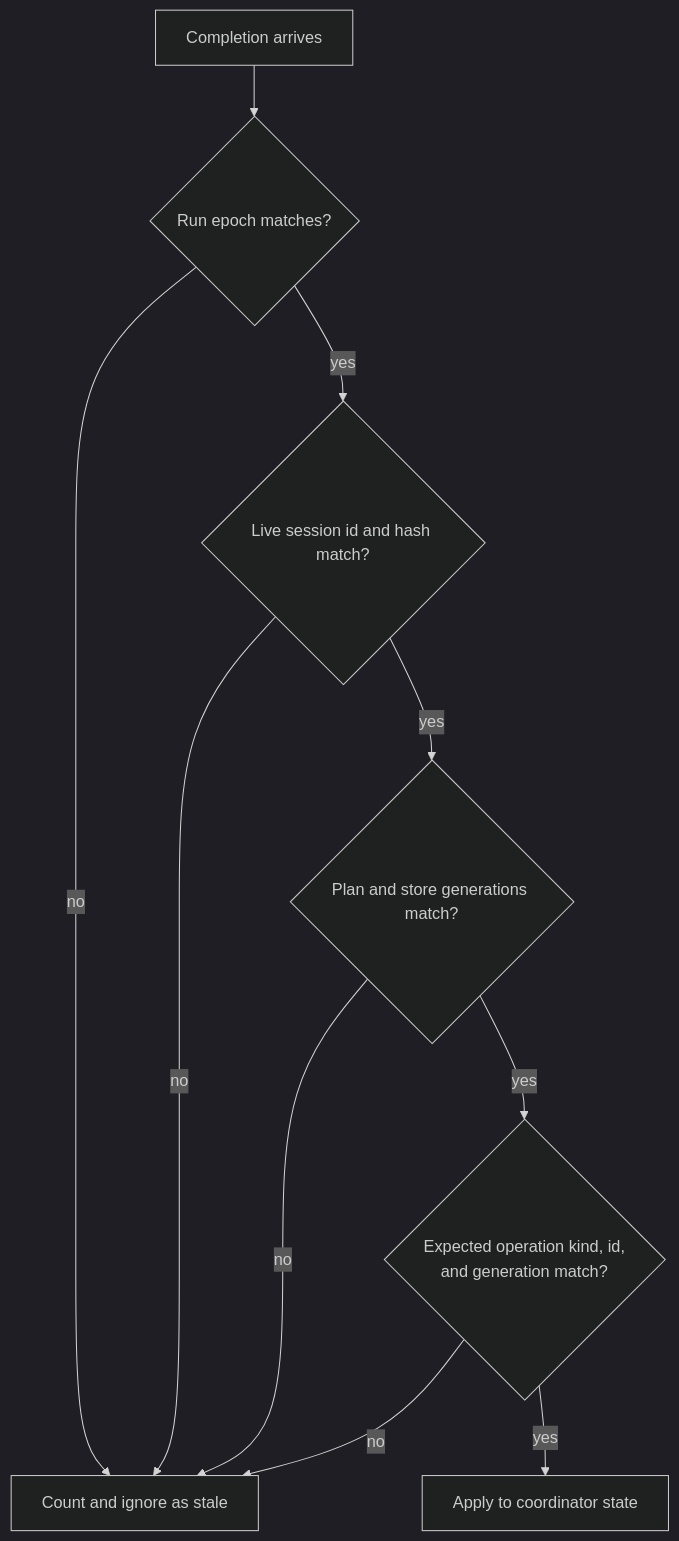
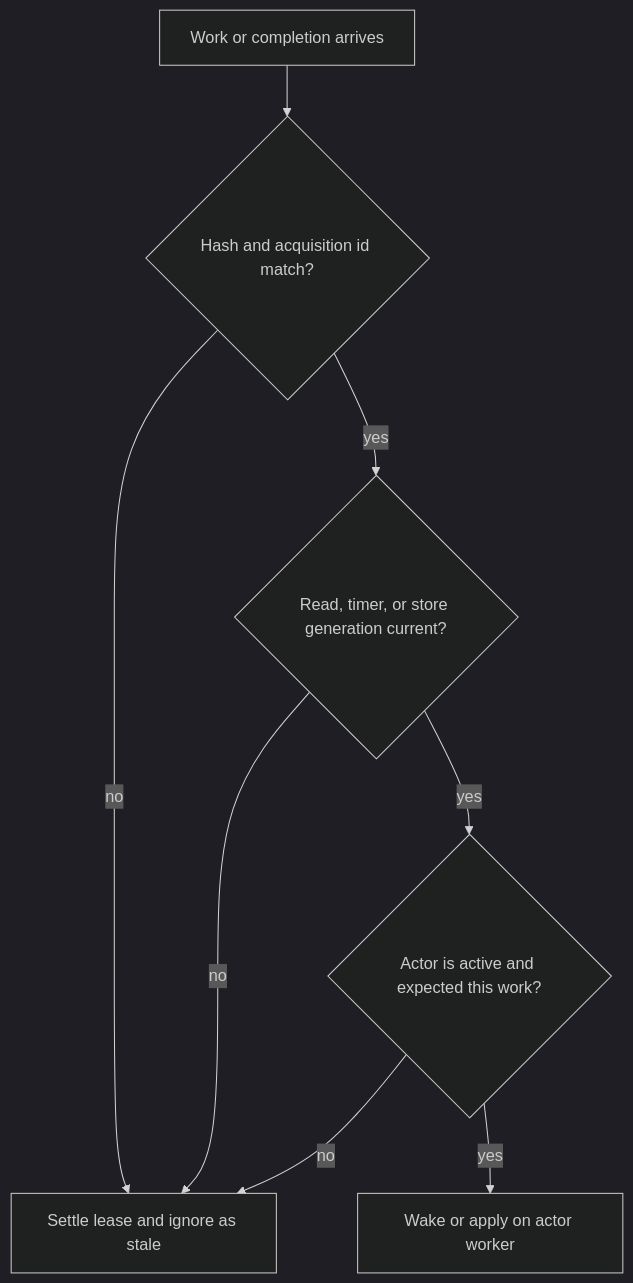
Before and after one commit to TusharPardhe/quaxar: the fifth of 10 diagrams in docs/ACQUISITION.md, drawn with Mermaid (dark theme). The commit also changed other lines of this file and 9 other files, not shown here.

````diff
--- a/docs/ACQUISITION.md
+++ b/docs/ACQUISITION.md
@@ -247,12 +234,10 @@
 ```mermaid
 flowchart TD
-    C[Completion arrives] --> R{Run epoch matches?}
-    R -- no --> STALE[Count and ignore as stale]
-    R -- yes --> S{Live session id and hash match?}
-    S -- no --> STALE
-    S -- yes --> G{Plan and store generations match?}
+    C[Work or completion arrives] --> S{Hash and acquisition id match?}
+    S -- no --> STALE[Settle lease and ignore as stale]
+    S -- yes --> G{Read, timer, or store generation current?}
     G -- no --> STALE
-    G -- yes --> O{Expected operation kind, id,<br/>and generation match?}
+    G -- yes --> O{Actor is active and expected this work?}
     O -- no --> STALE
-    O -- yes --> APPLY[Apply to coordinator state]
+    O -- yes --> APPLY[Wake or apply on actor worker]
 ```
````
